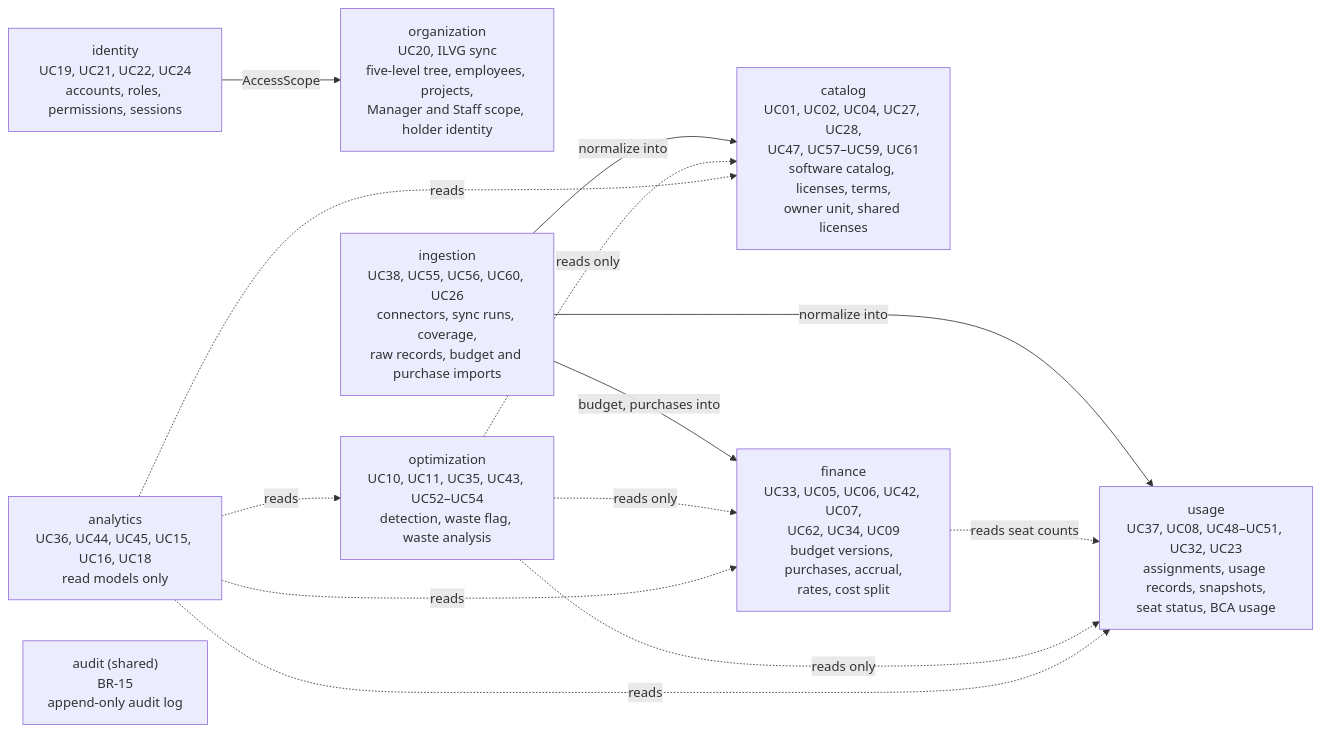
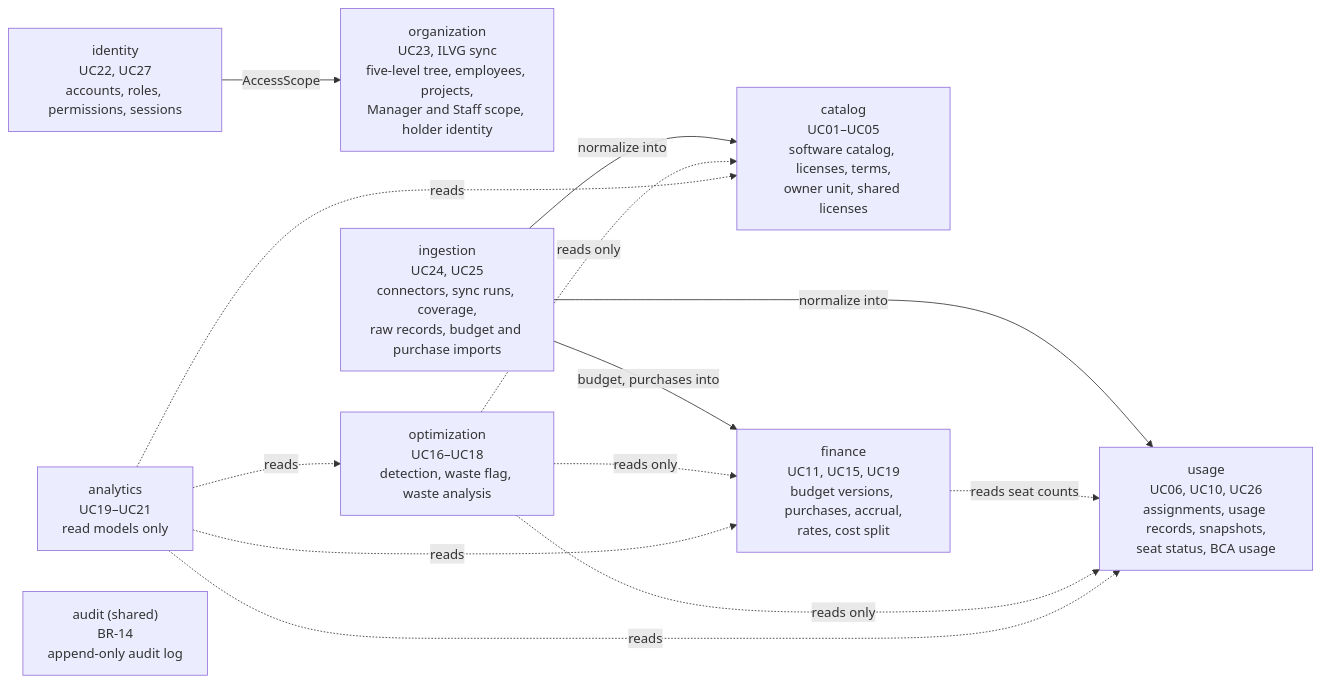
One commit to cuonglpv/VFast changed the fourth of 7 diagrams in docs/07-c4-architecture.md. Above: the diagram before and after it, drawn with Mermaid. The commit also changed other lines of this file and 25 other files, not shown here.

````diff
--- a/docs/07-c4-architecture.md
+++ b/docs/07-c4-architecture.md
@@ -226,25 +226,25 @@
 ```mermaid
 flowchart LR
-    identity["identity<br/>UC19, UC21, UC22, UC24<br/>accounts, roles, permissions, sessions"]
-    organization["organization<br/>UC20, ILVG sync<br/>five-level tree, employees, projects,<br/>Manager and Staff scope, holder identity"]
-    catalog["catalog<br/>UC01, UC02, UC04, UC27, UC28,<br/>UC47, UC57–UC59, UC61<br/>software catalog, licenses, terms,<br/>owner unit, shared licenses"]
-    ingestion["ingestion<br/>UC38, UC55, UC56, UC60, UC26<br/>connectors, sync runs, coverage,<br/>raw records, budget and purchase imports"]
-    usage["usage<br/>UC37, UC08, UC48–UC51, UC32, UC23<br/>assignments, usage records, snapshots,<br/>seat status, BCA usage"]
-    finance["finance<br/>UC33, UC05, UC06, UC42, UC07,<br/>UC62, UC34, UC09<br/>budget versions, purchases, accrual,<br/>rates, cost split"]
-    optimization["optimization<br/>UC10, UC11, UC35, UC43, UC52–UC54<br/>detection, waste flag, waste analysis"]
-    analytics["analytics<br/>UC36, UC44, UC45, UC15, UC16, UC18<br/>read models only"]
-    audit["audit (shared)<br/>BR-15<br/>append-only audit log"]
+    identity["identity<br/>UC22, UC27<br/>accounts, roles, permissions, sessions"]
+    organization["organization<br/>UC23, ILVG sync<br/>five-level tree, employees, projects,<br/>Manager and Staff scope, holder identity"]
+    catalog["catalog<br/>UC01–UC05<br/>software catalog, licenses, terms,<br/>owner unit, shared licenses"]
+    ingestion["ingestion<br/>UC24, UC25<br/>connectors, sync runs, coverage,<br/>raw records, budget and purchase imports"]
+    usage["usage<br/>UC06, UC10, UC26<br/>assignments, usage records, snapshots,<br/>seat status, BCA usage"]
+    finance["finance<br/>UC11, UC15, UC19<br/>budget versions, purchases, accrual,<br/>rates, cost split"]
+    optimization["optimization<br/>UC16–UC18<br/>detection, waste flag, waste analysis"]
+    analytics["analytics<br/>UC19–UC21<br/>read models only"]
+    audit["audit (shared)<br/>BR-14<br/>append-only audit log"]
 
     ingestion -- "normalize into" --> catalog
     ingestion -- "normalize into" --> usage
     ingestion -- "budget, purchases into" --> finance
     finance -. "reads seat counts" .-> usage
     optimization -. "reads only" .-> usage
     optimization -. "reads only" .-> finance
     optimization -. "reads only" .-> catalog
     analytics -. "reads" .-> optimization
     analytics -. "reads" .-> finance
     analytics -. "reads" .-> usage
     analytics -. "reads" .-> catalog
     identity -- "AccessScope" --> organization
 ```
````
